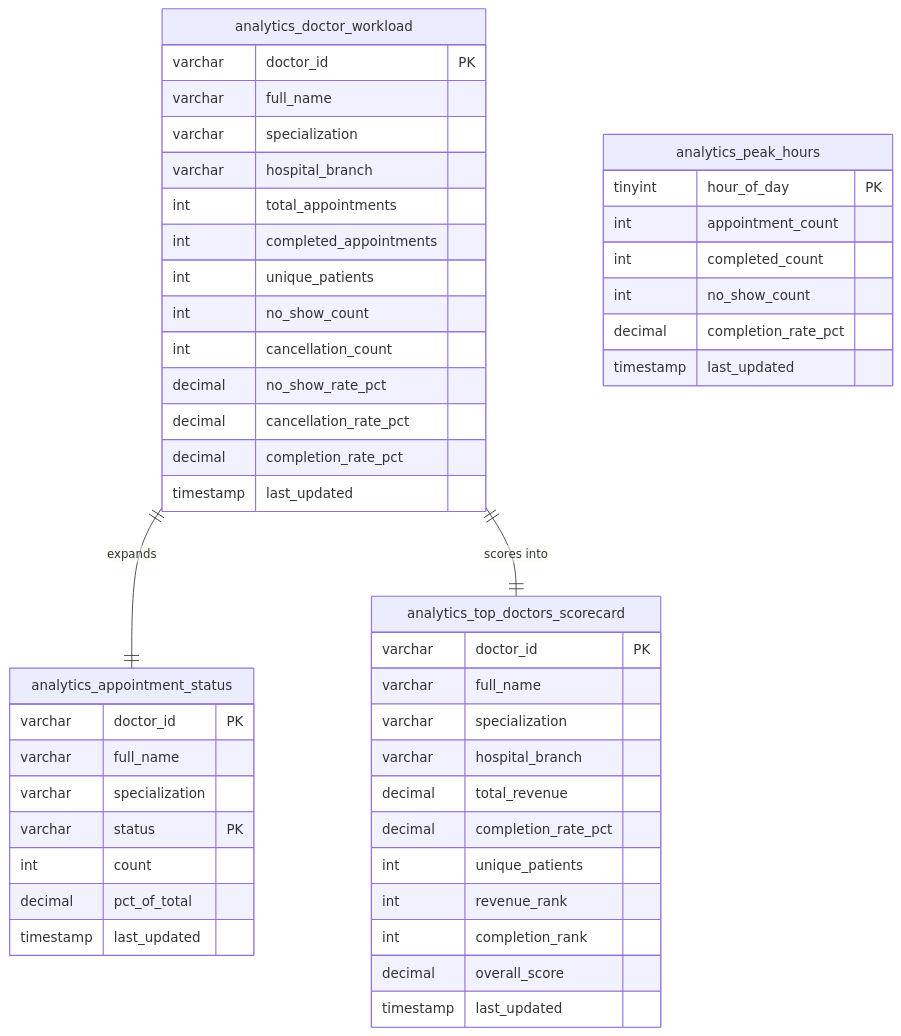
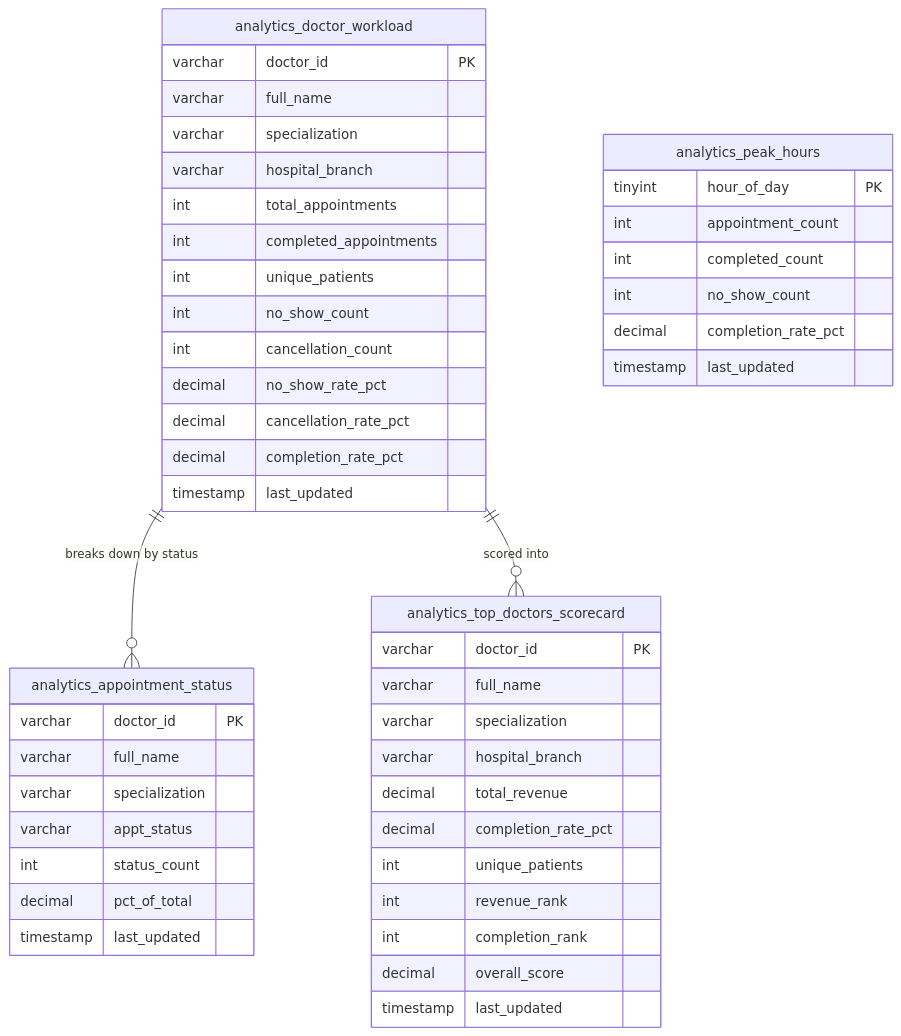
Before and after one commit to PampariNaresh/healthcare-data-platform: diagram 13 of 15 in PROJECT_DOCUMENTATION.md, drawn with Mermaid. The commit also changed other lines of this file, not shown here.

First line of the commit message:
fix: resolve Mermaid erDiagram parse errors in Operational and Patient analytics

````diff
--- a/PROJECT_DOCUMENTATION.md
+++ b/PROJECT_DOCUMENTATION.md
@@ -1347,54 +1347,54 @@
 ```mermaid
 erDiagram
     analytics_appointment_status {
         varchar   doctor_id PK
         varchar   full_name
         varchar   specialization
-        varchar   status PK
-        int       count
+        varchar   appt_status
+        int       status_count
         decimal   pct_of_total
         timestamp last_updated
     }
 
     analytics_doctor_workload {
         varchar   doctor_id PK
         varchar   full_name
         varchar   specialization
         varchar   hospital_branch
         int       total_appointments
         int       completed_appointments
         int       unique_patients
         int       no_show_count
         int       cancellation_count
         decimal   no_show_rate_pct
         decimal   cancellation_rate_pct
         decimal   completion_rate_pct
         timestamp last_updated
     }
 
     analytics_peak_hours {
         tinyint   hour_of_day PK
         int       appointment_count
         int       completed_count
         int       no_show_count
         decimal   completion_rate_pct
         timestamp last_updated
     }
 
     analytics_top_doctors_scorecard {
         varchar   doctor_id PK
         varchar   full_name
         varchar   specialization
         varchar   hospital_branch
         decimal   total_revenue
         decimal   completion_rate_pct
         int       unique_patients
         int       revenue_rank
         int       completion_rank
         decimal   overall_score
         timestamp last_updated
     }
 
-    analytics_doctor_workload ||--|| analytics_appointment_status : "expands"
-    analytics_doctor_workload ||--|| analytics_top_doctors_scorecard : "scores into"
+    analytics_doctor_workload ||--o{ analytics_appointment_status : "breaks down by status"
+    analytics_doctor_workload ||--o{ analytics_top_doctors_scorecard : "scored into"
 ```
````
